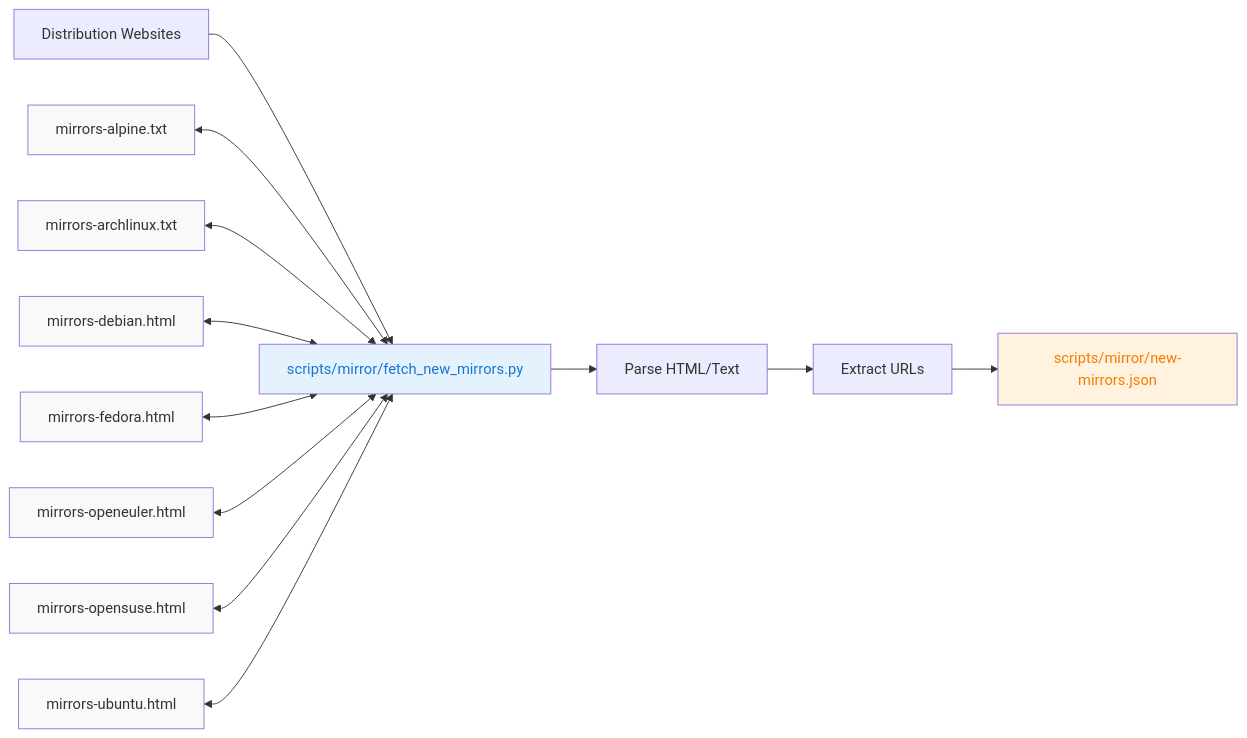
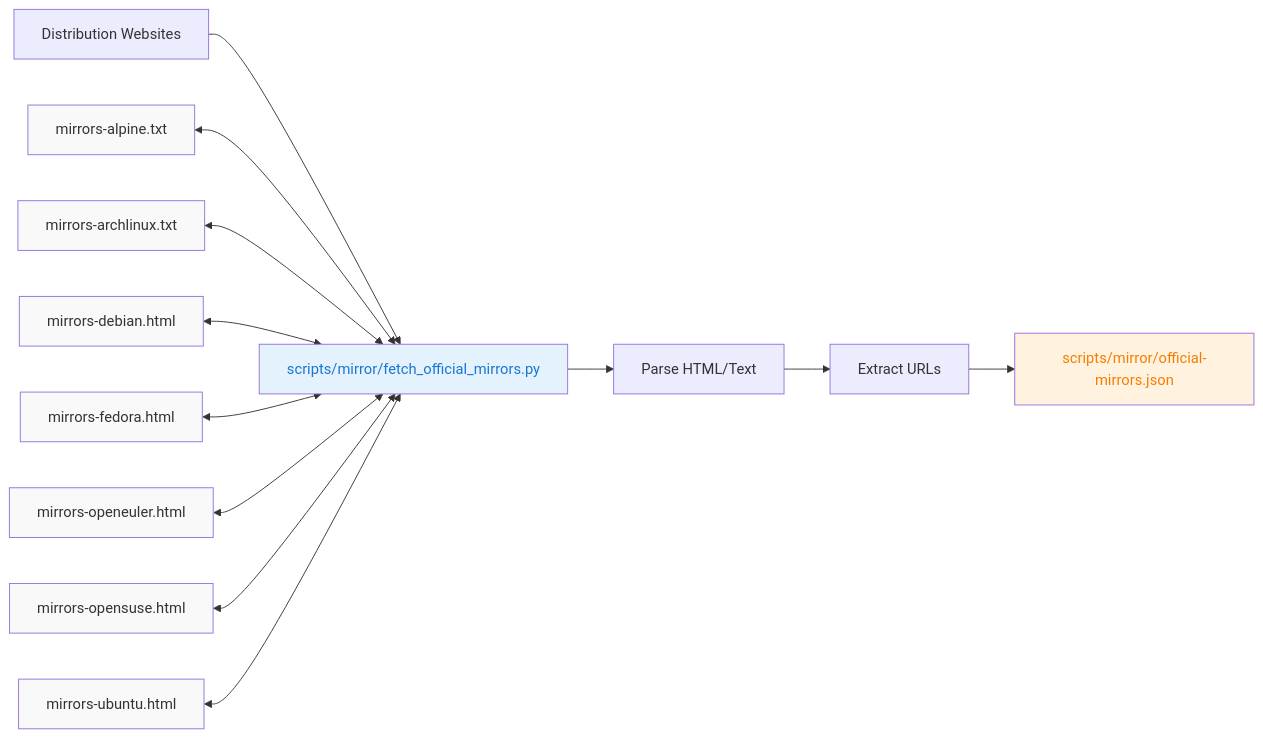
One commit to xiaobingling93-pixel/openeuler-epkg changed the second of 6 diagrams in scripts/mirror/usage.md. Above: the diagram before and after it, drawn with Mermaid. The commit also changed other lines of this file and 34 other files, not shown here.

````diff
--- a/scripts/mirror/usage.md
+++ b/scripts/mirror/usage.md
@@ -134,25 +307,25 @@
 ```mermaid
 graph LR
-    A[Distribution Websites] --> B[scripts/mirror/fetch_new_mirrors.py]
+    A[Distribution Websites] --> B[scripts/mirror/fetch_official_mirrors.py]
     B --> C[Parse HTML/Text]
     C --> D[Extract URLs]
-    D --> F[scripts/mirror/new-mirrors.json]
+    D --> F[scripts/mirror/official-mirrors.json]
 
     G[mirrors-alpine.txt] <--> B
     H[mirrors-archlinux.txt] <--> B
     I[mirrors-debian.html] <--> B
     J[mirrors-fedora.html] <--> B
     K[mirrors-openeuler.html] <--> B
     L[mirrors-opensuse.html] <--> B
     M[mirrors-ubuntu.html] <--> B
 
     style B fill:#e3f2fd,color:#1976d2
     style F fill:#fff3e0,color:#f57c00
     style G fill:#f9f9f9,color:#333
     style H fill:#f9f9f9,color:#333
     style I fill:#f9f9f9,color:#333
     style J fill:#f9f9f9,color:#333
     style K fill:#f9f9f9,color:#333
     style L fill:#f9f9f9,color:#333
     style M fill:#f9f9f9,color:#333
 ```
````
